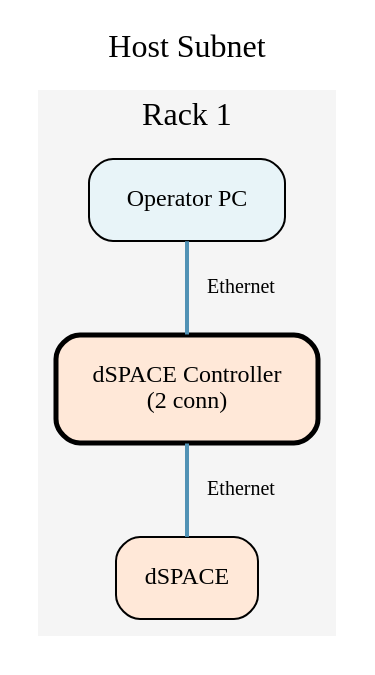
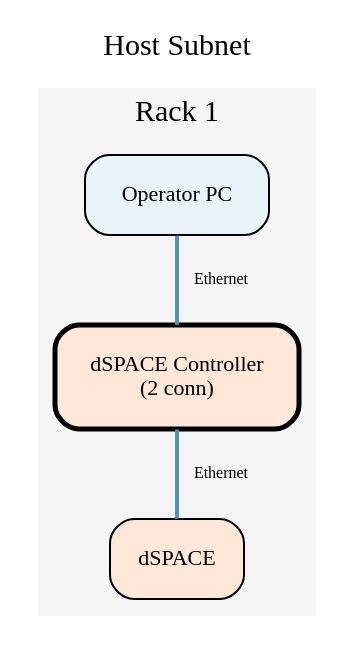
The diagram in output/host_subnet.dot (BenjiPestell/rack-diagram-demo), drawn with Graphviz before and after one commit. The commit also changed 13 other files, not shown here.

```diff
--- a/output/host_subnet.dot
+++ b/output/host_subnet.dot
@@ -1,58 +1,58 @@
 graph "Host Subnet" {
 
   graph [
     bgcolor="white",
     label="Host Subnet",
     labelloc=t,
-    fontsize=16,
+    fontsize=15,
     fontname="Sinkin Sans 400 Regular",
     overlap=false,
     sep=0.5
   ];
 
   node [
     shape=box,
     style="rounded,filled",
-    fontsize=12,
+    fontsize=11,
     fontname="Sinkin Sans 400 Regular",
     margin=0.2
   ];
 
   edge [
     color="#5192b5",
     style=solid,
     penwidth=2.0
   ];
 
   // Devices grouped by rack and external groups
 
   subgraph cluster_rack1 {
     label="Rack 1";
     style=filled;
     color="#F5F5F5";
     fontname="Sinkin Sans 400 Regular";
 
     "dSPACE_Controller" [
       label="dSPACE Controller\n(2 conn)",
       fillcolor="#FFE8D8",
       penwidth=2.5
     ];
     "Operator_PC" [
       label="Operator PC",
       fillcolor="#E8F4F8"
     ];
     "dSPACE" [
       label="dSPACE",
       fillcolor="#FFE8D8"
     ];
   }
 
   // Connections
   Operator_PC -- dSPACE_Controller [
-    color="#5192b5", style=solid, penwidth=2.0, label="   Ethernet", fontsize=10, fontname="Sinkin Sans 400 Regular"
+    color="#5192b5", style=solid, penwidth=2.0, label="   Ethernet", fontsize=8, fontname="Sinkin Sans 400 Regular"
   ];
   dSPACE_Controller -- dSPACE [
-    color="#5192b5", style=solid, penwidth=2.0, label="   Ethernet", fontsize=10, fontname="Sinkin Sans 400 Regular"
+    color="#5192b5", style=solid, penwidth=2.0, label="   Ethernet", fontsize=8, fontname="Sinkin Sans 400 Regular"
   ];
 
 }
```
